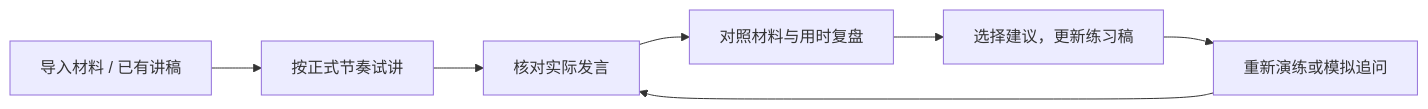
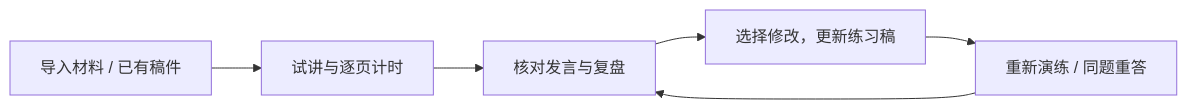
One commit to ZhengZizhen-Zzz/pre-listening changed the diagram in README.md. Above: the diagram before and after it, drawn with Mermaid. The commit also changed other lines of this file and 13 other files, not shown here.

````diff
--- a/README.md
+++ b/README.md
@@ -27,9 +27,8 @@
 ```mermaid
 flowchart LR
-  A[导入材料 / 已有讲稿] --> B[按正式节奏试讲]
-  B --> C[核对实际发言]
-  C --> D[对照材料与用时复盘]
-  D --> E[选择建议，更新练习稿]
-  E --> F[重新演练或模拟追问]
-  F --> C
+  A[导入材料 / 已有稿件] --> B[试讲与逐页计时]
+  B --> C[核对发言与复盘]
+  C --> D[选择修改，更新练习稿]
+  D --> E[重新演练 / 同题重答]
+  E --> C
 ```
````
